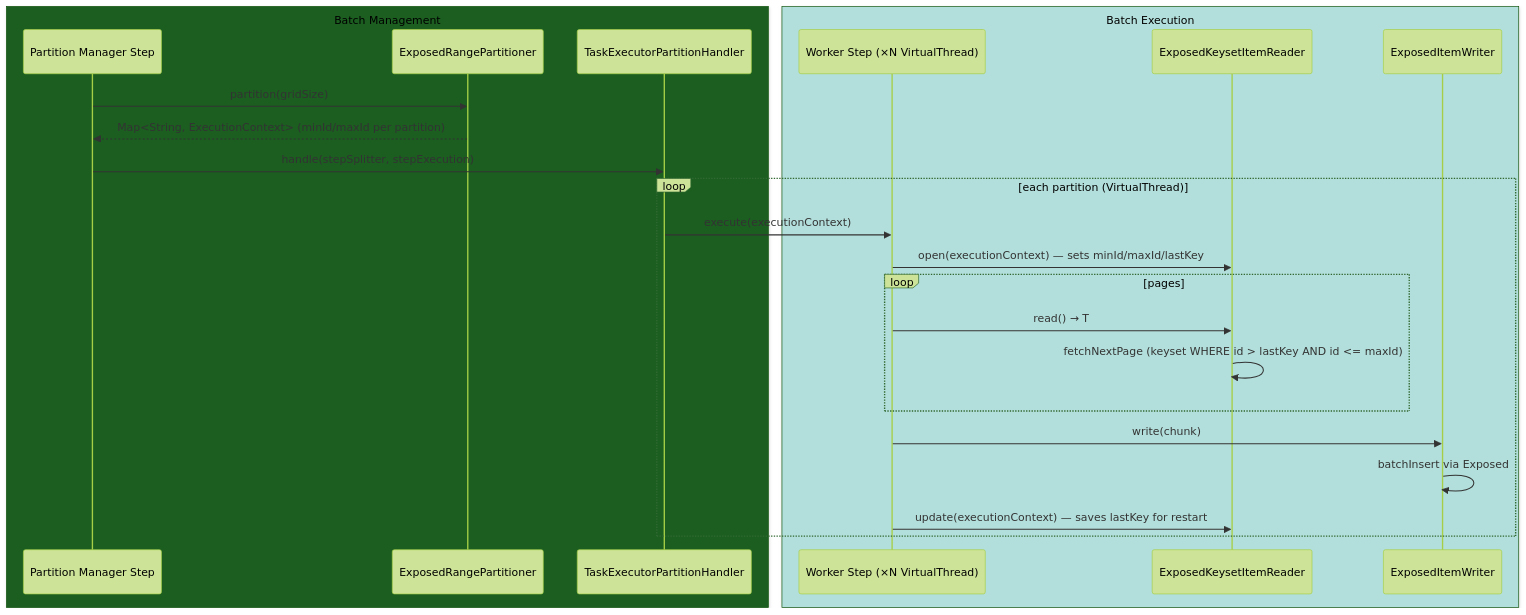
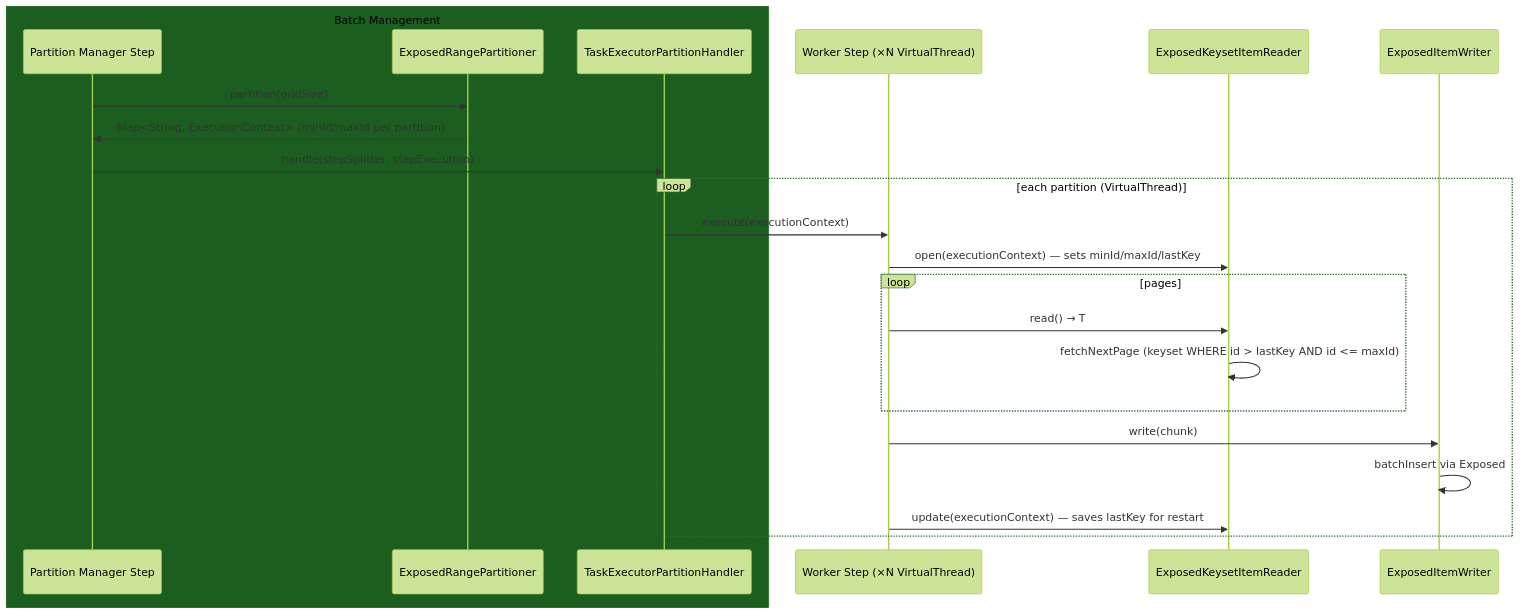
One commit to bluetape4k/bluetape4k-projects changed the second of 3 diagrams in spring-boot3/batch-exposed/README.md. Above: the diagram before and after it, drawn with Mermaid (forest theme). The commit also changed other lines of this file and 219 other files, not shown here.

First line of the commit message:
docs: 전체 README Mermaid 다이어그램 가이드 적용

````diff
--- a/spring-boot3/batch-exposed/README.md
+++ b/spring-boot3/batch-exposed/README.md
@@ -74,28 +74,26 @@
 ```mermaid
 sequenceDiagram
     box rgb(27,94,32) Batch Management
         participant Manager as Partition Manager Step
         participant Partitioner as ExposedRangePartitioner
         participant Handler as TaskExecutorPartitionHandler
     end
-    box rgb(178,223,219) Batch Execution
         participant Worker as Worker Step (×N VirtualThread)
         participant Reader as ExposedKeysetItemReader
         participant Writer as ExposedItemWriter
-    end
 
     Manager->>Partitioner: partition(gridSize)
     Partitioner-->>Manager: Map<String, ExecutionContext> (minId/maxId per partition)
     Manager->>Handler: handle(stepSplitter, stepExecution)
     loop each partition (VirtualThread)
         Handler->>Worker: execute(executionContext)
         Worker->>Reader: open(executionContext) — sets minId/maxId/lastKey
         loop pages
             Worker->>Reader: read() → T
             Reader->>Reader: fetchNextPage (keyset WHERE id > lastKey AND id <= maxId)
         end
         Worker->>Writer: write(chunk)
         Writer->>Writer: batchInsert via Exposed
         Worker->>Reader: update(executionContext) — saves lastKey for restart
     end
 ```
````
